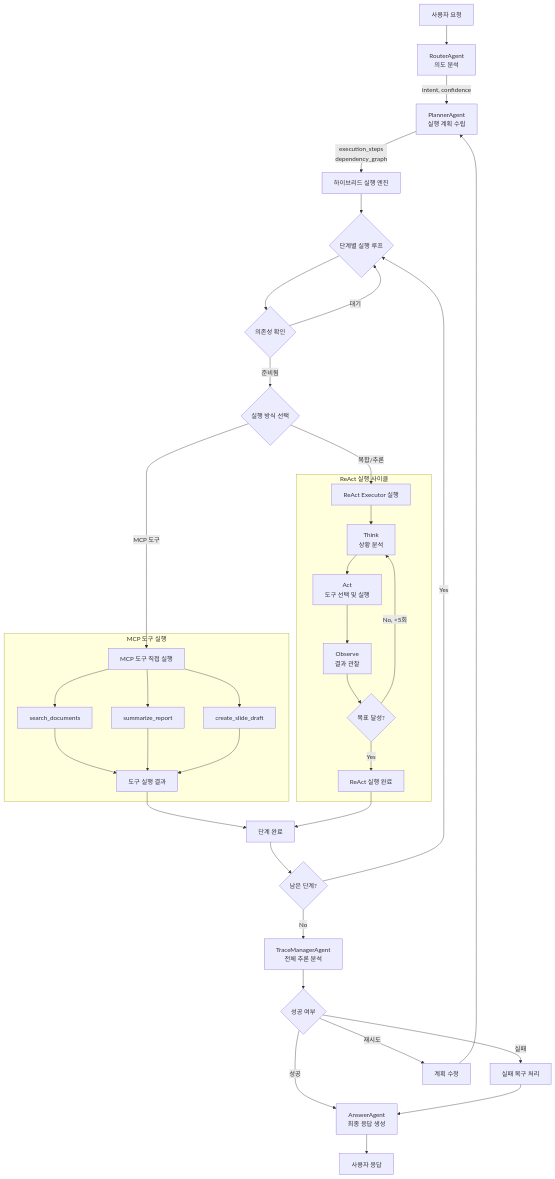
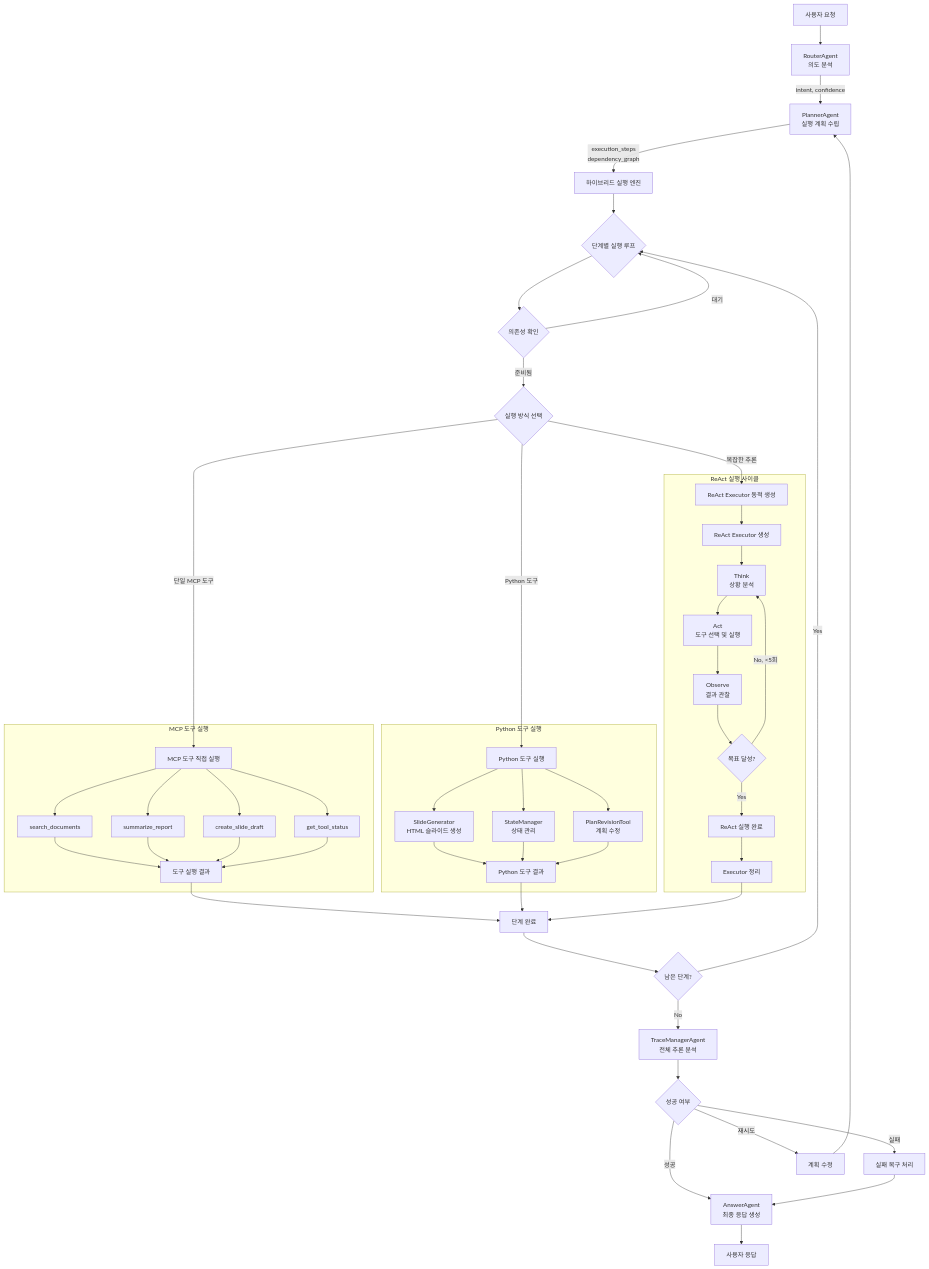
The second of 3 diagrams in README.md (Qulip/CloudRegiX), drawn with Mermaid before and after one commit. The commit also changed other lines of this file and 2 other files, not shown here.

````diff
--- a/README.md
+++ b/README.md
@@ -161,52 +161,67 @@
 ```mermaid
 flowchart TD
     Start[사용자 요청] --> Router[RouterAgent<br/>의도 분석]
 
     Router --> |intent, confidence| Planner[PlannerAgent<br/>실행 계획 수립]
 
     Planner --> |execution_steps<br/>dependency_graph| ExecutionEngine[하이브리드 실행 엔진]
 
     ExecutionEngine --> StepLoop{단계별 실행 루프}
 
     StepLoop --> CheckDep{의존성 확인}
     CheckDep -->|준비됨| SelectExecution{실행 방식 선택}
     CheckDep -->|대기| StepLoop
 
-    SelectExecution -->|MCP 도구| MCPExecution[MCP 도구 직접 실행]
-    SelectExecution -->|복합/추론| ReactExecution[ReAct Executor 실행]
+    SelectExecution -->|단일 MCP 도구| MCPExecution[MCP 도구 직접 실행]
+    SelectExecution -->|Python 도구| PythonExecution[Python 도구 실행]
+    SelectExecution -->|복잡한 추론| ReactExecution[ReAct Executor 동적 생성]
 
     subgraph "MCP 도구 실행"
         MCPExecution --> SearchDocs[search_documents]
         MCPExecution --> SummarizeReport[summarize_report]
         MCPExecution --> CreateDraft[create_slide_draft]
+        MCPExecution --> GetStatus[get_tool_status]
         SearchDocs --> MCPResult[도구 실행 결과]
         SummarizeReport --> MCPResult
         CreateDraft --> MCPResult
+        GetStatus --> MCPResult
+    end
+
+    subgraph "Python 도구 실행"
+        PythonExecution --> SlideGenerator[SlideGenerator<br/>HTML 슬라이드 생성]
+        PythonExecution --> StateManager[StateManager<br/>상태 관리]
+        PythonExecution --> PlanRevision[PlanRevisionTool<br/>계획 수정]
+        SlideGenerator --> PythonResult[Python 도구 결과]
+        StateManager --> PythonResult
+        PlanRevision --> PythonResult
     end
 
     subgraph "ReAct 실행 사이클"
-        ReactExecution --> Think[Think<br/>상황 분석]
+        ReactExecution --> CreateExecutor[ReAct Executor 생성]
+        CreateExecutor --> Think[Think<br/>상황 분석]
         Think --> Act[Act<br/>도구 선택 및 실행]
         Act --> Observe[Observe<br/>결과 관찰]
         Observe --> GoalCheck{목표 달성?}
         GoalCheck -->|No, <5회| Think
         GoalCheck -->|Yes| ReactResult[ReAct 실행 완료]
+        ReactResult --> DestroyExecutor[Executor 정리]
     end
 
     MCPResult --> StepComplete[단계 완료]
-    ReactResult --> StepComplete
+    PythonResult --> StepComplete
+    DestroyExecutor --> StepComplete
 
     StepComplete --> MoreSteps{남은 단계?}
     MoreSteps -->|Yes| StepLoop
     MoreSteps -->|No| TraceAnalysis[TraceManagerAgent<br/>전체 추론 분석]
 
     TraceAnalysis --> Success{성공 여부}
     Success -->|성공| FinalAnswer[AnswerAgent<br/>최종 응답 생성]
     Success -->|실패| Recovery[실패 복구 처리]
-    Success -->|재시도| PlanRevision[계획 수정]
+    Success -->|재시도| PlanRevision2[계획 수정]
 
     Recovery --> FinalAnswer
-    PlanRevision --> Planner
+    PlanRevision2 --> Planner
 
     FinalAnswer --> End[사용자 응답]
 ```
````
